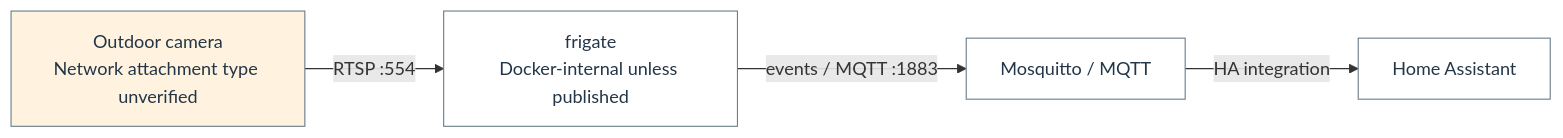
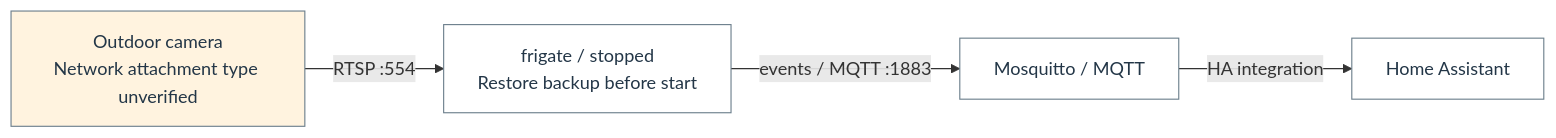
The diagram in docs/architecture/flow-0.mmd (Harsh-2002/Homelab), drawn with Mermaid before and after one commit. The commit also changed 77 other files, not shown here.

```diff
--- a/docs/architecture/flow-0.mmd
+++ b/docs/architecture/flow-0.mmd
@@ -1,12 +1,12 @@
 flowchart LR
   n_flow_0_0["Outdoor camera<br/>Network attachment type unverified"]
-  n_flow_0_1["frigate<br/>Docker-internal unless published"]
+  n_flow_0_1["frigate / stopped<br/>Restore backup before start"]
   n_flow_0_2["Mosquitto / MQTT"]
   n_flow_0_3["Home Assistant"]
   n_flow_0_0 -->|"RTSP :554"| n_flow_0_1
   n_flow_0_1 -->|"events / MQTT :1883"| n_flow_0_2
   n_flow_0_2 -->|"HA integration"| n_flow_0_3
   classDef c_flow_0_0 fill:#fff3df,stroke:#6c7f8c,color:#233647;
   class n_flow_0_0 c_flow_0_0;
   classDef c_flow_0_1 fill:#ffffff,stroke:#6c7f8c,color:#233647;
   class n_flow_0_1,n_flow_0_2,n_flow_0_3 c_flow_0_1;
```
